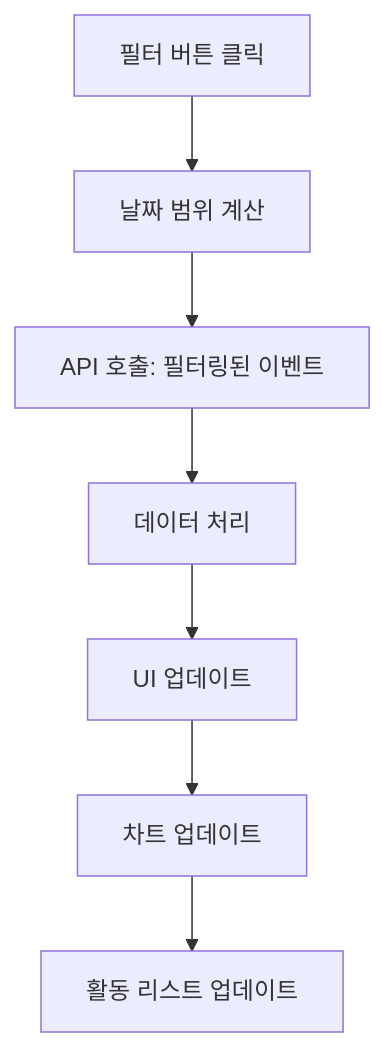
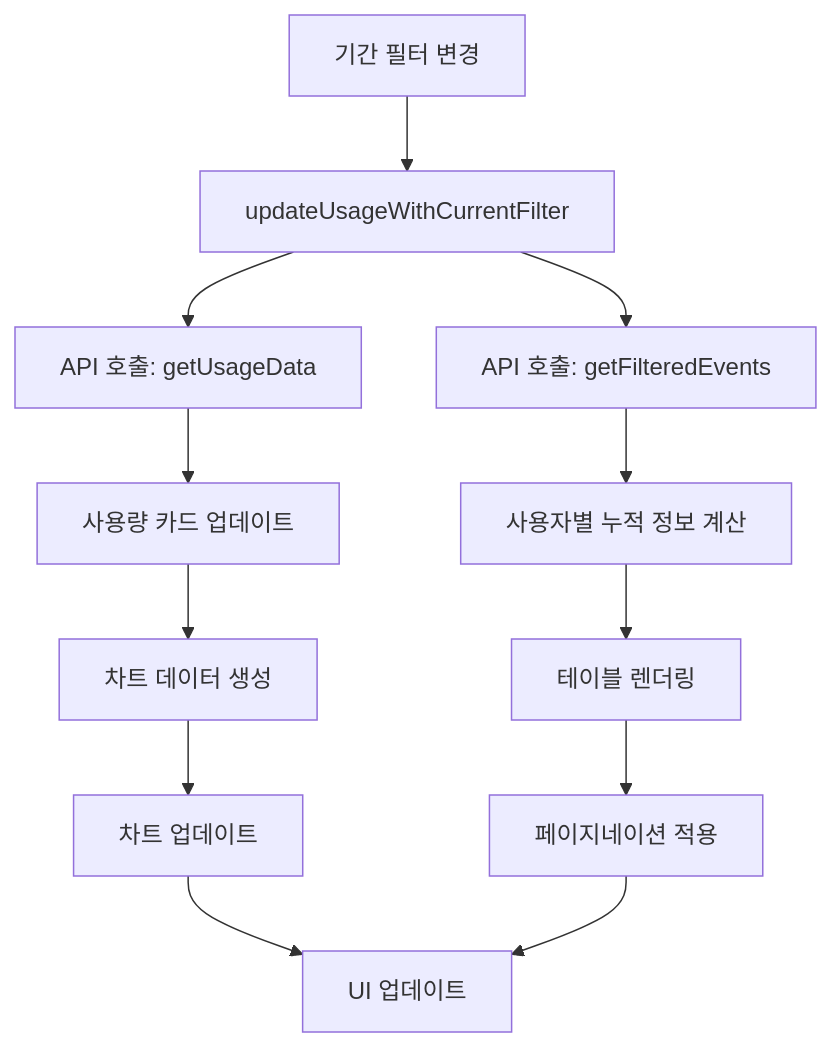
The third of 3 diagrams in technical_documentation.md (jeongmin-na/dashboard), drawn with Mermaid before and after one commit. The commit also changed other lines of this file and 1 other file, not shown here.

Commit message:
문서 업데이트: Overview 섹션 사용량 카드 필터링 수정 내용 반영

````diff
--- a/technical_documentation.md
+++ b/technical_documentation.md
@@ -462,9 +284,14 @@
 ```mermaid
 graph TD
-    A[필터 버튼 클릭] --> B[날짜 범위 계산]
-    B --> C[API 호출: 필터링된 이벤트]
-    C --> D[데이터 처리]
-    D --> E[UI 업데이트]
-    E --> F[차트 업데이트]
-    F --> G[활동 리스트 업데이트]
+    A[기간 필터 변경] --> B[updateUsageWithCurrentFilter]
+    B --> C[API 호출: getUsageData]
+    B --> D[API 호출: getFilteredEvents]
+    C --> E[사용량 카드 업데이트]
+    D --> F[사용자별 누적 정보 계산]
+    E --> G[차트 데이터 생성]
+    F --> H[테이블 렌더링]
+    G --> I[차트 업데이트]
+    H --> J[페이지네이션 적용]
+    I --> K[UI 업데이트]
+    J --> K
 ```
````
